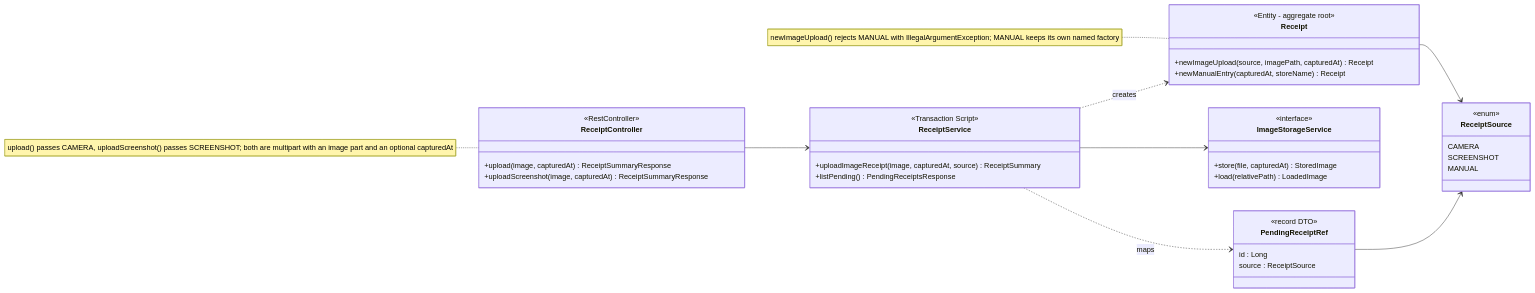
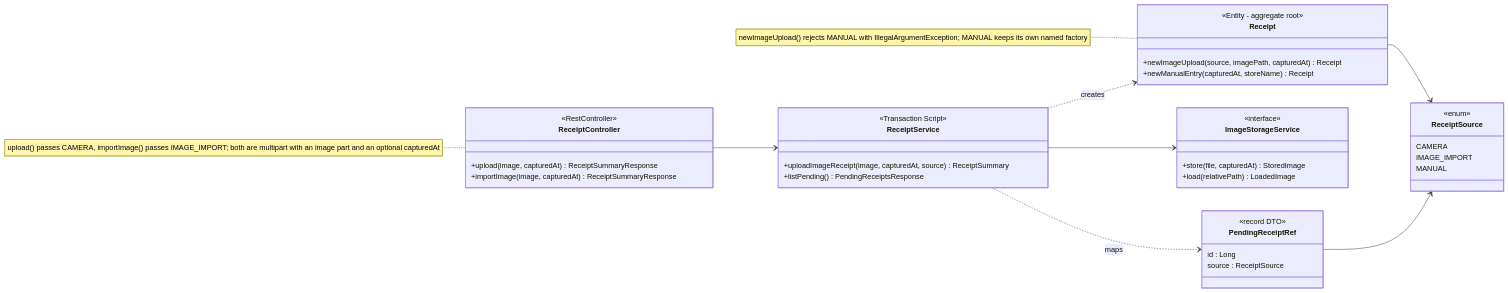
Before and after one commit to emicon123/receipts: the third of 3 diagrams in docs/architecture/02-domain-model-and-schema.md, drawn with Mermaid. The commit also changed other lines of this file and 14 other files, not shown here.

First line of the commit message:
docs(arch): IMAGE_IMPORT source contract for gallery/clipboard import

````diff
--- a/docs/architecture/02-domain-model-and-schema.md
+++ b/docs/architecture/02-domain-model-and-schema.md
@@ -409,43 +412,43 @@
 ```mermaid
 classDiagram
     direction LR
     class ReceiptController {
         <<RestController>>
         +upload(image, capturedAt) ReceiptSummaryResponse
-        +uploadScreenshot(image, capturedAt) ReceiptSummaryResponse
+        +importImage(image, capturedAt) ReceiptSummaryResponse
     }
     class ReceiptService {
         <<Transaction Script>>
         +uploadImageReceipt(image, capturedAt, source) ReceiptSummary
         +listPending() PendingReceiptsResponse
     }
     class Receipt {
         <<Entity - aggregate root>>
         +newImageUpload(source, imagePath, capturedAt) Receipt
         +newManualEntry(capturedAt, storeName) Receipt
     }
     class ReceiptSource {
         <<enum>>
         CAMERA
-        SCREENSHOT
+        IMAGE_IMPORT
         MANUAL
     }
     class ImageStorageService {
         <<interface>>
         +store(file, capturedAt) StoredImage
         +load(relativePath) LoadedImage
     }
     class PendingReceiptRef {
         <<record DTO>>
         id : Long
         source : ReceiptSource
     }
     ReceiptController --> ReceiptService
     ReceiptService --> ImageStorageService
     ReceiptService ..> Receipt : creates
     Receipt --> ReceiptSource
     ReceiptService ..> PendingReceiptRef : maps
     PendingReceiptRef --> ReceiptSource
-    note for ReceiptController "upload() passes CAMERA, uploadScreenshot() passes SCREENSHOT; both are multipart with an image part and an optional capturedAt"
+    note for ReceiptController "upload() passes CAMERA, importImage() passes IMAGE_IMPORT; both are multipart with an image part and an optional capturedAt"
     note for Receipt "newImageUpload() rejects MANUAL with IllegalArgumentException; MANUAL keeps its own named factory"
 ```
````
